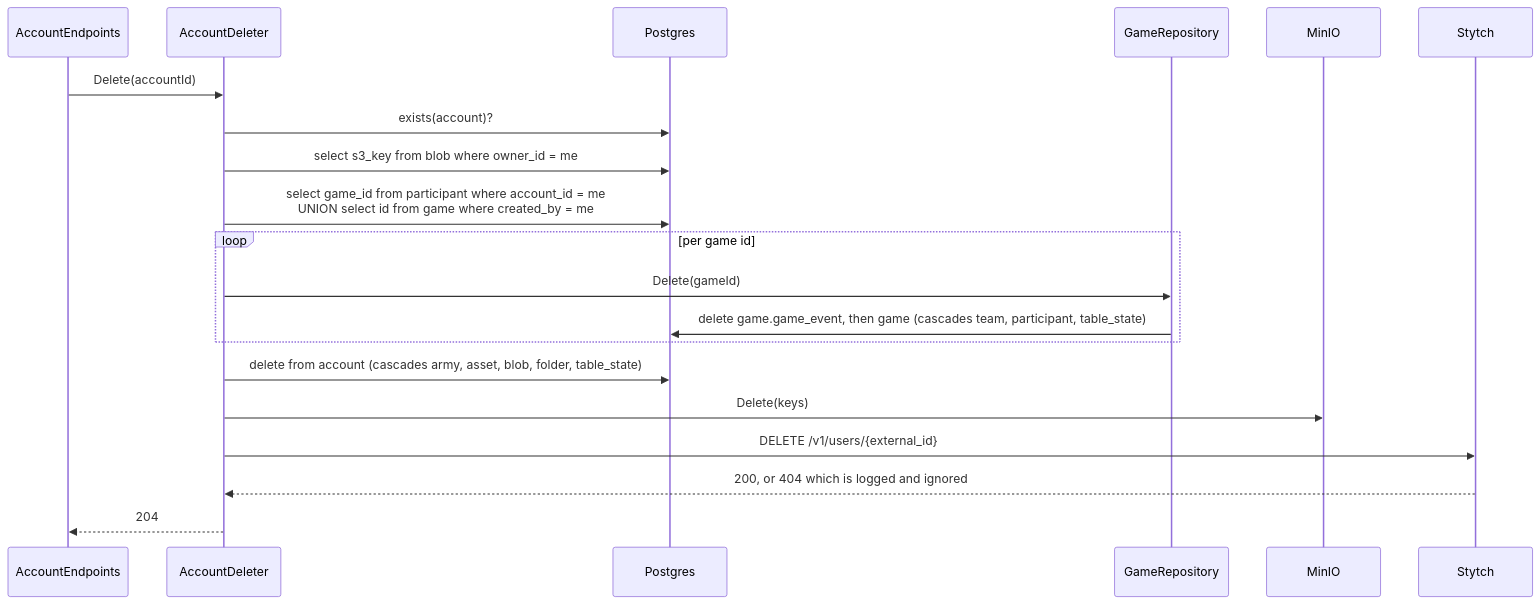
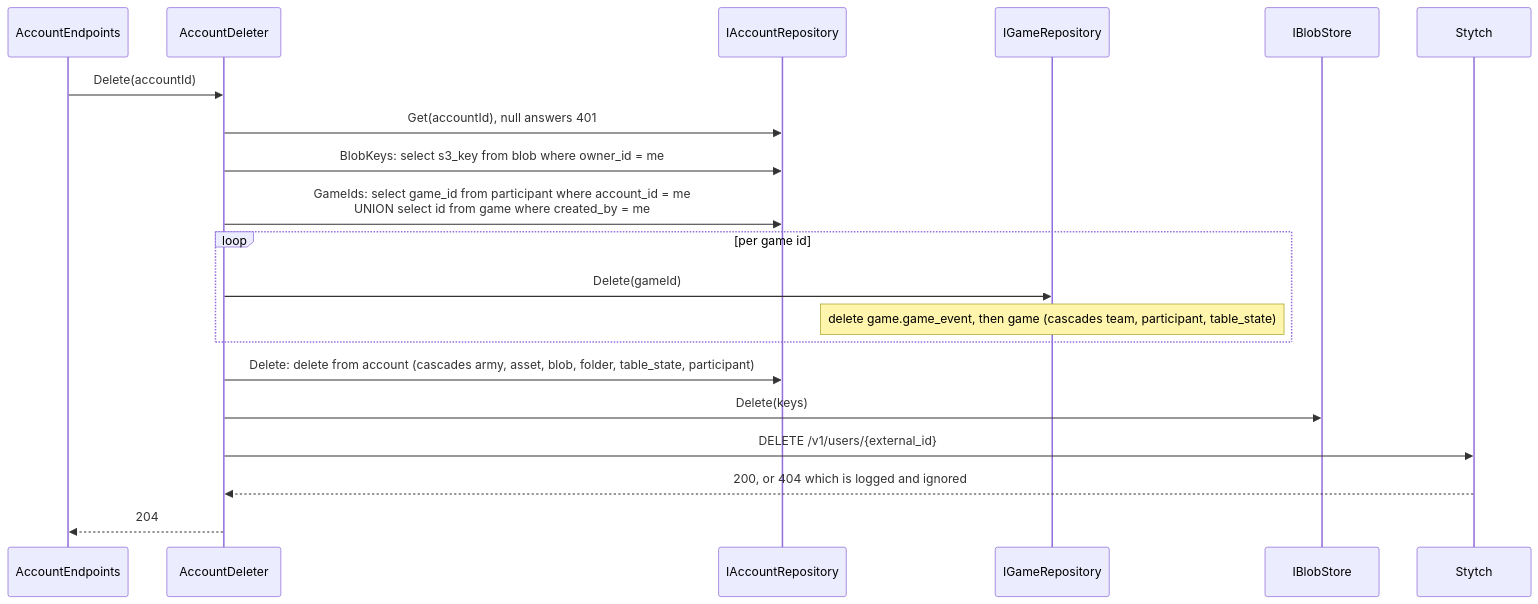
Before and after one commit to cstupi/tabletop: the seventh of 12 diagrams in docs/design/management-api/design.md, drawn with Mermaid. The commit also changed other lines of this file and 2 other files, not shown here.

First line of the commit message:
Docs: management's repository interfaces, fakes and the two suites

````diff
--- a/docs/design/management-api/design.md
+++ b/docs/design/management-api/design.md
@@ -896,23 +903,23 @@
 ```mermaid
 sequenceDiagram
     participant E as AccountEndpoints
     participant D as AccountDeleter
-    participant DB as Postgres
-    participant G as GameRepository
-    participant S3 as MinIO
+    participant A as IAccountRepository
+    participant G as IGameRepository
+    participant S3 as IBlobStore
     participant K as Stytch
 
     E->>D: Delete(accountId)
-    D->>DB: exists(account)?
-    D->>DB: select s3_key from blob where owner_id = me
-    D->>DB: select game_id from participant where account_id = me<br/>UNION select id from game where created_by = me
+    D->>A: Get(accountId), null answers 401
+    D->>A: BlobKeys: select s3_key from blob where owner_id = me
+    D->>A: GameIds: select game_id from participant where account_id = me<br/>UNION select id from game where created_by = me
     loop per game id
         D->>G: Delete(gameId)
-        G->>DB: delete game.game_event, then game (cascades team, participant, table_state)
+        Note over G: delete game.game_event, then game (cascades team, participant, table_state)
     end
-    D->>DB: delete from account (cascades army, asset, blob, folder, table_state)
+    D->>A: Delete: delete from account (cascades army, asset, blob, folder, table_state, participant)
     D->>S3: Delete(keys)
     D->>K: DELETE /v1/users/{external_id}
     K-->>D: 200, or 404 which is logged and ignored
     D-->>E: 204
 ```
````
